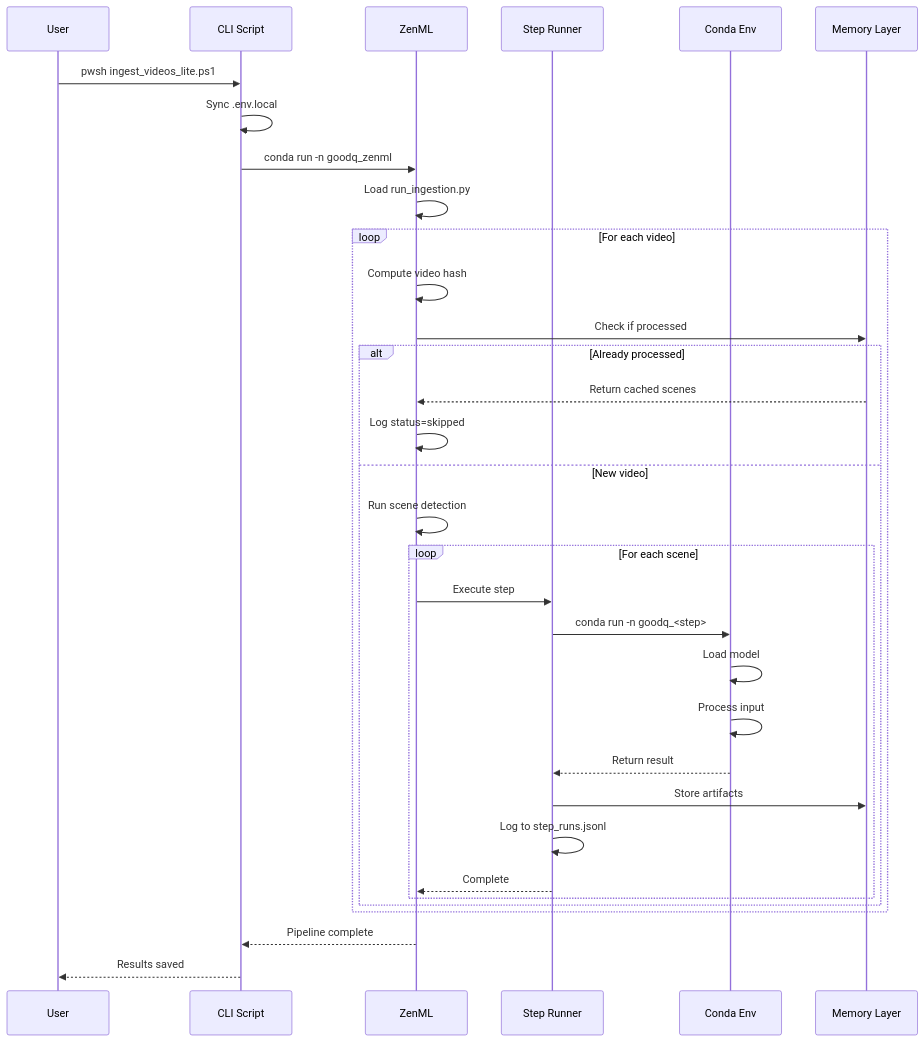
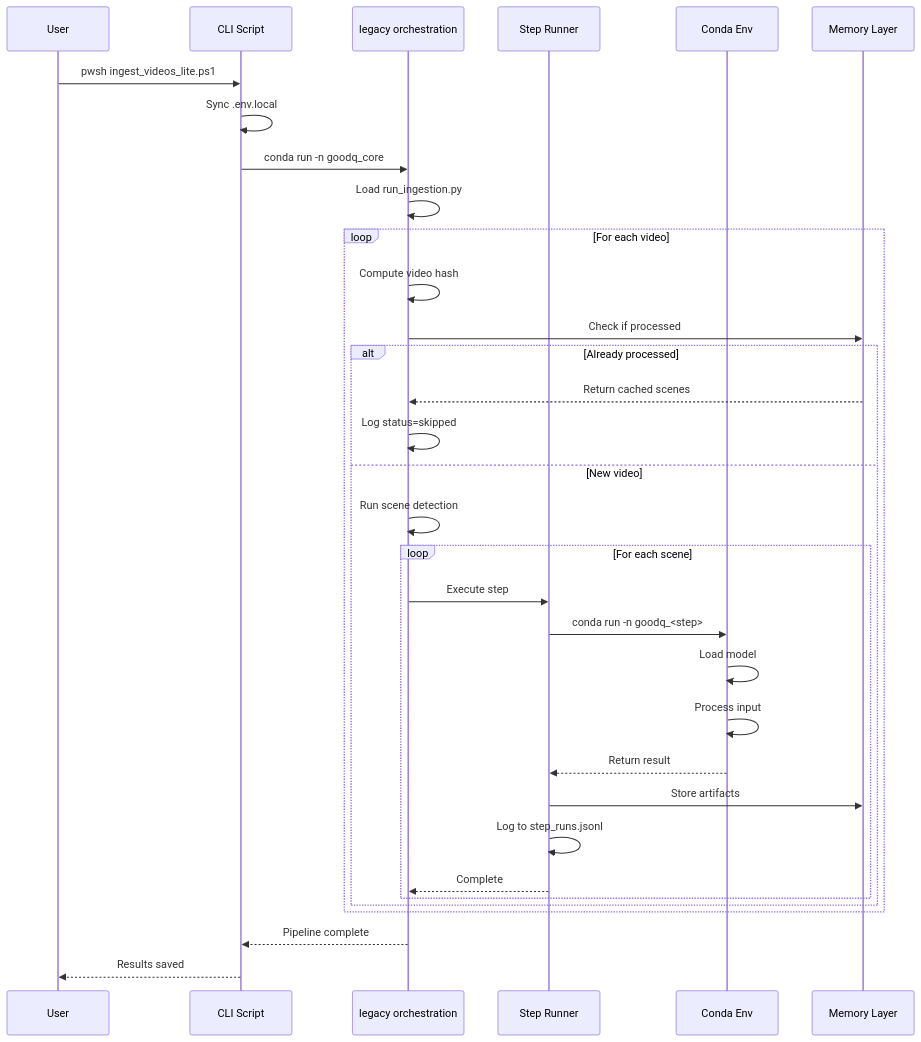
One commit to GoodQ02/goodq-memory-engine changed the ninth of 10 diagrams in docs/architecture/diagrams/PIPELINE_FLOW.md. Above: the diagram before and after it, drawn with Mermaid. The commit also changed 44 other files, not shown here.

````diff
--- a/docs/architecture/diagrams/PIPELINE_FLOW.md
+++ b/docs/architecture/diagrams/PIPELINE_FLOW.md
@@ -424,39 +424,39 @@
 ```mermaid
 sequenceDiagram
     participant U as User
     participant CLI as CLI Script
-    participant ZM as ZenML
+    participant ZM as legacy orchestration
     participant SR as Step Runner
     participant ENV as Conda Env
     participant MEM as Memory Layer
     
     U->>CLI: pwsh ingest_videos_lite.ps1
     CLI->>CLI: Sync .env.local
-    CLI->>ZM: conda run -n goodq_zenml
+    CLI->>ZM: conda run -n goodq_core
     ZM->>ZM: Load run_ingestion.py
     
     loop For each video
         ZM->>ZM: Compute video hash
         ZM->>MEM: Check if processed
         alt Already processed
             MEM-->>ZM: Return cached scenes
             ZM->>ZM: Log status=skipped
         else New video
             ZM->>ZM: Run scene detection
             
             loop For each scene
                 ZM->>SR: Execute step
                 SR->>ENV: conda run -n goodq_<step>
                 ENV->>ENV: Load model
                 ENV->>ENV: Process input
                 ENV-->>SR: Return result
                 SR->>MEM: Store artifacts
                 SR->>SR: Log to step_runs.jsonl
                 SR-->>ZM: Complete
             end
         end
     end
     
     ZM-->>CLI: Pipeline complete
     CLI-->>U: Results saved
 ```
````
